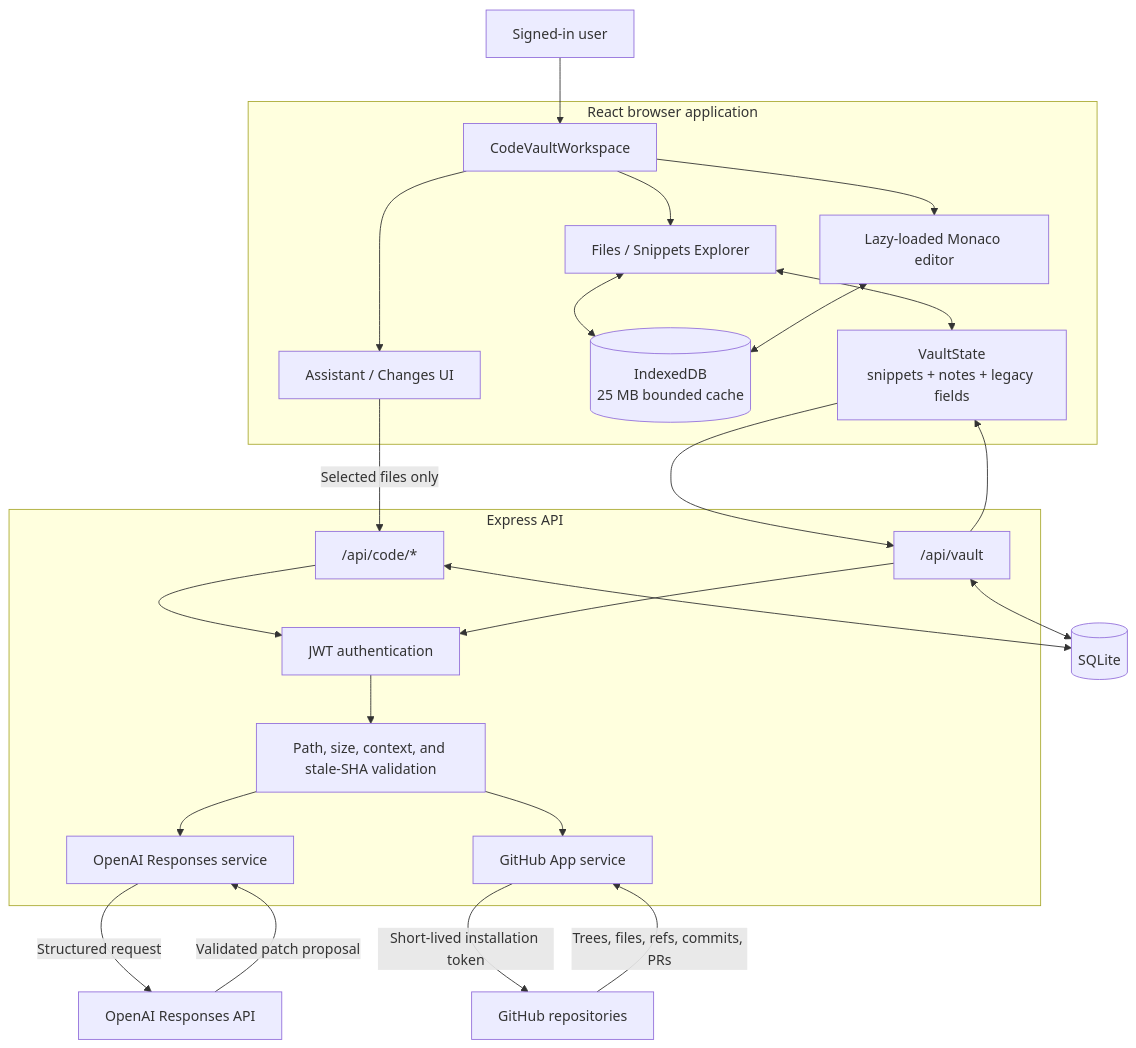
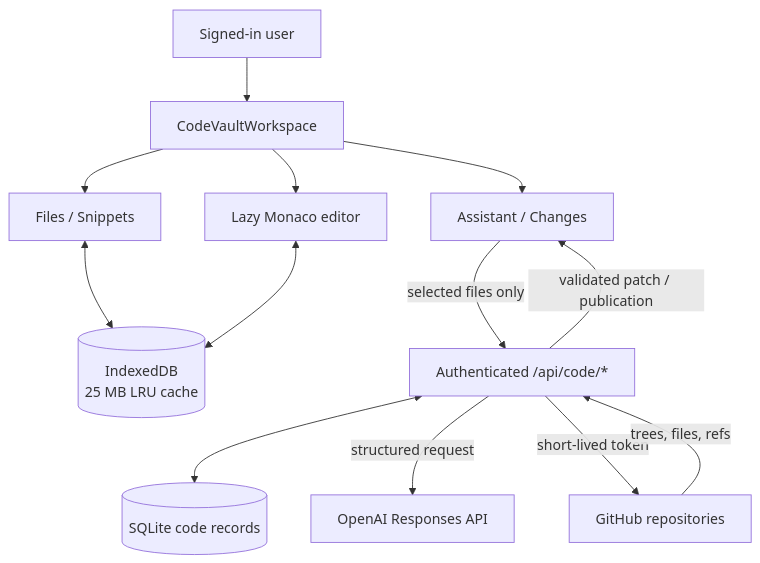
Before and after one commit to Akiirolabs/IOVault: the first of 2 diagrams in docs/code-vault-architecture.md, drawn with Mermaid. The commit also changed other lines of this file and 27 other files, not shown here.

````diff
--- a/docs/code-vault-architecture.md
+++ b/docs/code-vault-architecture.md
@@ -70,53 +19,15 @@
 ```mermaid
 flowchart TB
-  User["Signed-in user"]
-
-  subgraph Browser["React browser application"]
-    CV["CodeVaultWorkspace"]
-    Explorer["Files / Snippets Explorer"]
-    Editor["Lazy-loaded Monaco editor"]
-    Assistant["Assistant / Changes UI"]
-    IDB[("IndexedDB\n25 MB bounded cache")]
-    Vault["VaultState\nsnippets + notes + legacy fields"]
-  end
-
-  subgraph Server["Express API"]
-    Auth["JWT authentication"]
-    CodeRoutes["/api/code/*"]
-    VaultRoutes["/api/vault"]
-    Validation["Path, size, context, and stale-SHA validation"]
-    GithubService["GitHub App service"]
-    AIService["OpenAI Responses service"]
-  end
-
-  DB[("SQLite")]
-  OpenAI["OpenAI Responses API"]
-  GitHub["GitHub repositories"]
-
-  User --> CV
-  CV --> Explorer
-  CV --> Editor
-  CV --> Assistant
-
-  Explorer <--> IDB
-  Editor <--> IDB
-  Explorer <--> Vault
-  Assistant -->|"Selected files only"| CodeRoutes
-  Vault --> VaultRoutes
-
-  CodeRoutes --> Auth
-  VaultRoutes --> Auth
-  Auth --> Validation
-  Validation --> AIService
-  Validation --> GithubService
-
-  AIService -->|"Structured request"| OpenAI
-  OpenAI -->|"Validated patch proposal"| AIService
-
-  GithubService -->|"Short-lived installation token"| GitHub
-  GitHub -->|"Trees, files, refs, commits, PRs"| GithubService
-
-  CodeRoutes <--> DB
-  VaultRoutes <--> DB
-  VaultRoutes --> Vault
+  U["Signed-in user"] --> UI["CodeVaultWorkspace"]
+  UI --> EX["Files / Snippets"]
+  UI --> MON["Lazy Monaco editor"]
+  UI --> REV["Assistant / Changes"]
+  EX <--> IDB[("IndexedDB\n25 MB LRU cache")]
+  MON <--> IDB
+  REV -->|"selected files only"| API["Authenticated /api/code/*"]
+  API <--> DB[("SQLite code records")]
+  API -->|"structured request"| AI["OpenAI Responses API"]
+  API -->|"short-lived token"| GH["GitHub repositories"]
+  GH -->|"trees, files, refs"| API
+  API -->|"validated patch / publication"| REV
 ```
````
